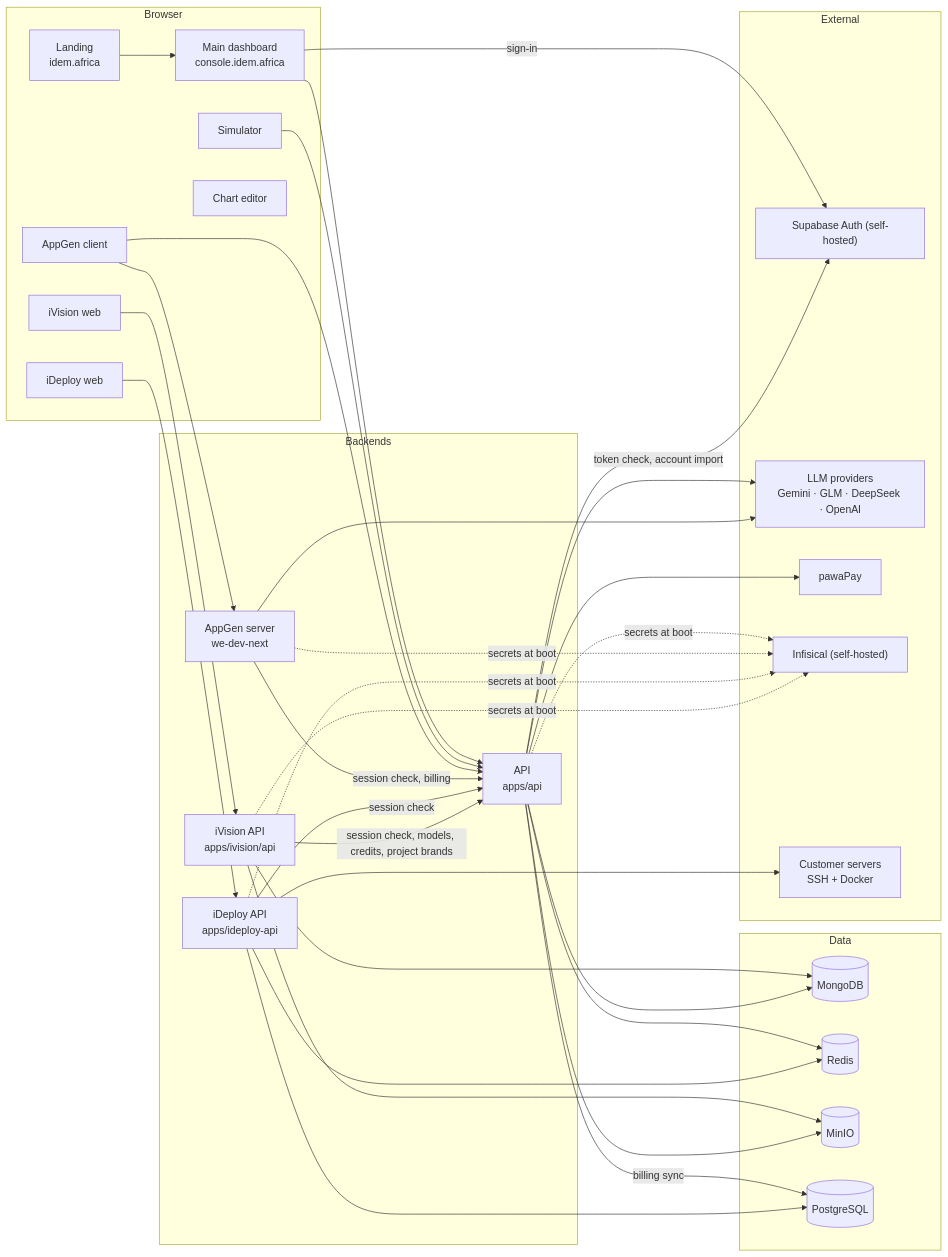
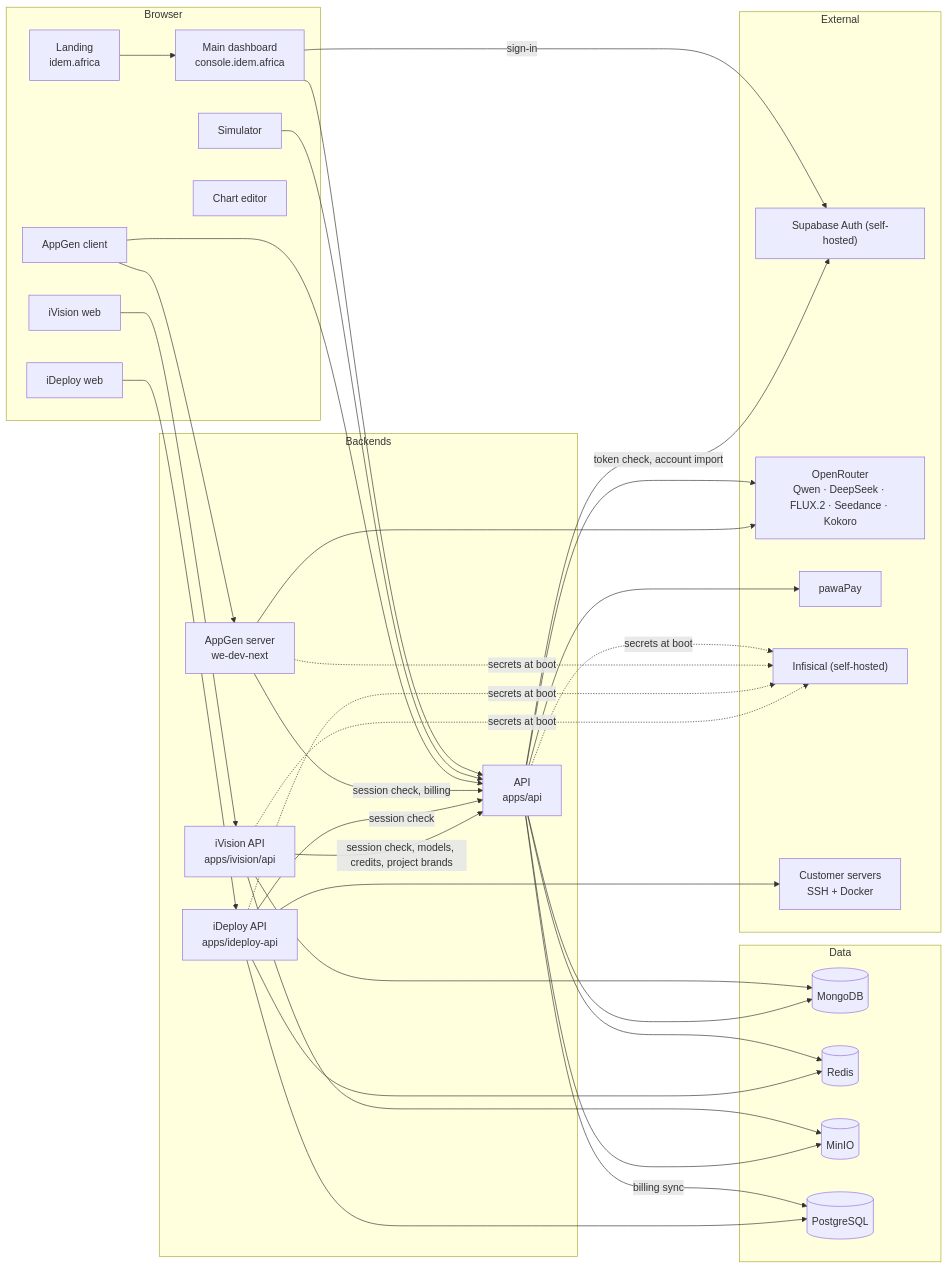
Before and after one commit to Idem-AI/idem: the diagram in docs/ARCHITECTURE.md, drawn with Mermaid. The commit also changed 127 other files, not shown here.

Commit message:
feat: remove gemini and GLM config and migrate to openrouter

````diff
--- a/docs/ARCHITECTURE.md
+++ b/docs/ARCHITECTURE.md
@@ -5,55 +5,55 @@
 ```mermaid
 flowchart LR
     subgraph Browser
         Landing["Landing<br/>idem.africa"]
         Dashboard["Main dashboard<br/>console.idem.africa"]
         Simulation["Simulator"]
         AppGenClient["AppGen client"]
         IDeployWeb["iDeploy web"]
         Chart["Chart editor"]
         IVisionWeb["iVision web"]
     end
 
     subgraph Backends
         API["API<br/>apps/api"]
         AppGenServer["AppGen server<br/>we-dev-next"]
         IDeployAPI["iDeploy API<br/>apps/ideploy-api"]
         IVisionAPI["iVision API<br/>apps/ivision/api"]
     end
 
     subgraph Data
         Mongo[(MongoDB)]
         Redis[(Redis)]
         MinIO[(MinIO)]
         PG[(PostgreSQL)]
     end
 
     subgraph External
         Auth["Supabase Auth (self-hosted)"]
-        LLM["LLM providers<br/>Gemini · GLM · DeepSeek · OpenAI"]
+        LLM["OpenRouter<br/>Qwen · DeepSeek · FLUX.2 · Seedance · Kokoro"]
         PawaPay["pawaPay"]
         SM["Infisical (self-hosted)"]
         Servers["Customer servers<br/>SSH + Docker"]
     end
 
     Landing --> Dashboard
     Dashboard --> API
     Simulation --> API
     AppGenClient --> AppGenServer
     AppGenClient --> API
     IDeployWeb --> IDeployAPI
     AppGenServer -- "session check, billing" --> API
     IDeployAPI -- "session check" --> API
     IVisionWeb --> IVisionAPI
     IVisionAPI -- "session check, models, credits, project brands" --> API
     IVisionAPI --> Mongo & MinIO
     API --> Mongo & Redis & MinIO
     API -- "billing sync" --> PG
     IDeployAPI --> PG & Redis
     IDeployAPI --> Servers
     Dashboard -- "sign-in" --> Auth
     API -- "token check, account import" --> Auth
     API --> LLM & PawaPay
     AppGenServer --> LLM
     API & AppGenServer & IDeployAPI & IVisionAPI -. "secrets at boot" .-> SM
 ```
````
